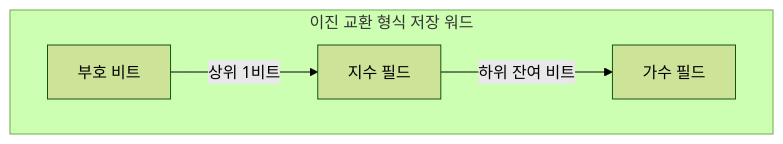
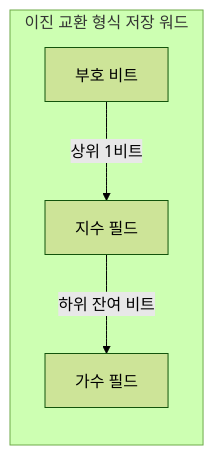
Before and after one commit to agnusdei1207/knowledge-base: the first of 2 diagrams in src/content/docs/notes/01-basic-theory/023_floating_point_ieee_754.md, drawn with Mermaid (forest theme). The commit also changed other lines of this file and 20 other files, not shown here.

````diff
--- a/src/content/docs/notes/01-basic-theory/023_floating_point_ieee_754.md
+++ b/src/content/docs/notes/01-basic-theory/023_floating_point_ieee_754.md
@@ -68,8 +70,8 @@
 ```mermaid
-flowchart LR
+flowchart TB
     subgraph W["이진 교환 형식 저장 워드"]
-        direction LR
+        direction TB
         S[부호 비트] -->|상위 1비트| E[지수 필드]
         E -->|하위 잔여 비트| F[가수 필드]
     end
 ```
````
